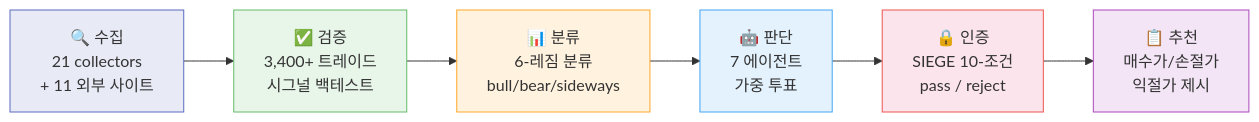
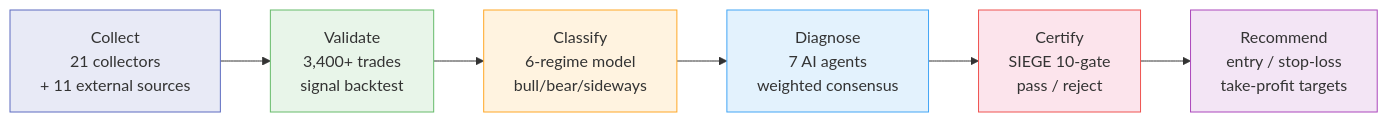
One commit to researcherhojin/nuri-quant changed the diagram in README.md. Above: the diagram before and after it, drawn with Mermaid. The commit also changed other lines of this file, not shown here.

````diff
--- a/README.md
+++ b/README.md
@@ -21,15 +19,15 @@
 ```mermaid
 graph LR
-    A["🔍 수집<br/>21 collectors<br/>+ 11 외부 사이트"] --> B["✅ 검증<br/>3,400+ 트레이드<br/>시그널 백테스트"]
-    B --> C["📊 분류<br/>6-레짐 분류<br/>bull/bear/sideways"]
-    C --> D["🤖 판단<br/>7 에이전트<br/>가중 투표"]
-    D --> E["🔒 인증<br/>SIEGE 10-조건<br/>pass / reject"]
-    E --> F["📋 추천<br/>매수가/손절가<br/>익절가 제시"]
+    A["Collect<br/>21 collectors<br/>+ 11 external sources"] --> B["Validate<br/>3,400+ trades<br/>signal backtest"]
+    B --> C["Classify<br/>6-regime model<br/>bull/bear/sideways"]
+    C --> D["Diagnose<br/>7 AI agents<br/>weighted consensus"]
+    D --> E["Certify<br/>SIEGE 10-gate<br/>pass / reject"]
+    E --> F["Recommend<br/>entry / stop-loss<br/>take-profit targets"]
 
     style A fill:#e8eaf6,stroke:#5c6bc0
     style B fill:#e8f5e9,stroke:#66bb6a
     style C fill:#fff3e0,stroke:#ffa726
     style D fill:#e3f2fd,stroke:#42a5f5
     style E fill:#fce4ec,stroke:#ef5350
     style F fill:#f3e5f5,stroke:#ab47bc
 ```
````
